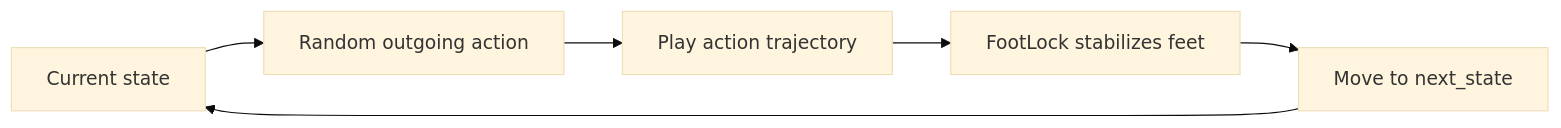
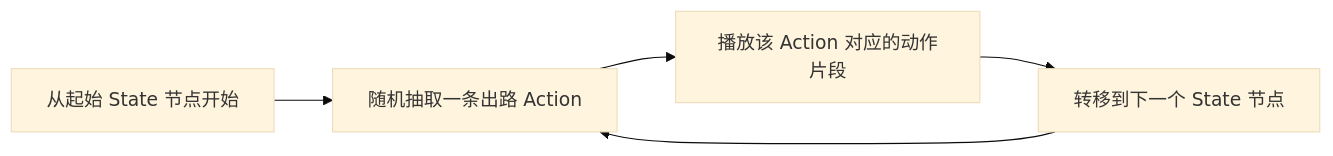
The fourth of 6 diagrams in docs/blog/AnimationPapers/precomputing_avatar_behavior/README.md (EvihGraphics/AnimationTech-HTC), drawn with Mermaid (base theme) before and after one commit. The commit also changed other lines of this file and 21 other files, not shown here.

````diff
--- a/docs/blog/AnimationPapers/precomputing_avatar_behavior/README.md
+++ b/docs/blog/AnimationPapers/precomputing_avatar_behavior/README.md
@@ -82,8 +95,7 @@
 ```mermaid
 flowchart LR
-    A[Current state] --> B[Random outgoing action]
-    B --> C[Play action trajectory]
-    C --> D[FootLock stabilizes feet]
-    D --> E[Move to next_state]
-    E --> A
+    A[从起始 State 节点开始] --> B[随机抽取一条出路 Action]
+    B --> C[播放该 Action 对应的动作片段]
+    C --> D[转移到下一个 State 节点]
+    D --> B
 ```
````
